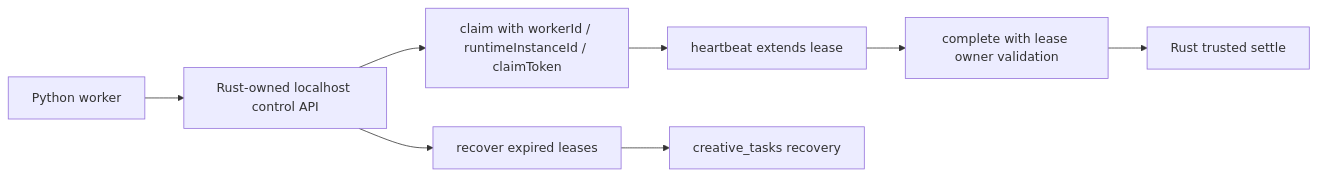
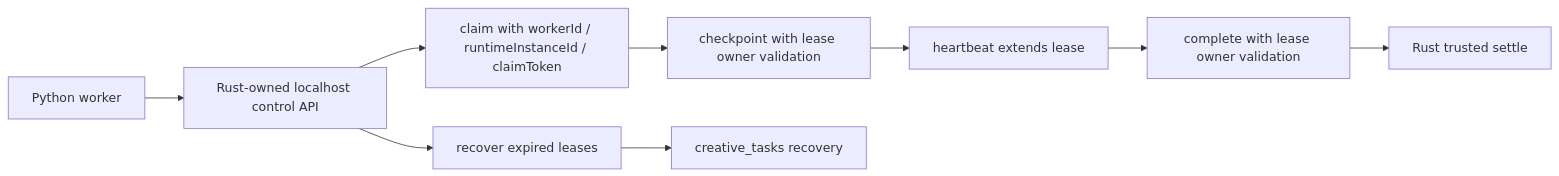
Diagram 13 of 13 in docs/architecture-current-state.md (MonsterXiong/monster-workbench), drawn with Mermaid before and after one commit. The commit also changed other lines of this file and 3 other files, not shown here.

````diff
--- a/docs/architecture-current-state.md
+++ b/docs/architecture-current-state.md
@@ -978,10 +979,11 @@
 ```mermaid
 flowchart LR
   PyWorker["Python worker"] --> ControlApi["Rust-owned localhost control API"]
   ControlApi --> LeaseClaim["claim with workerId / runtimeInstanceId / claimToken"]
-  LeaseClaim --> Heartbeat["heartbeat extends lease"]
+  LeaseClaim --> Checkpoint["checkpoint with lease owner validation"]
+  Checkpoint --> Heartbeat["heartbeat extends lease"]
   Heartbeat --> Complete["complete with lease owner validation"]
   Complete --> RustSettle["Rust trusted settle"]
   ControlApi --> Recover["recover expired leases"]
   Recover --> Repo["creative_tasks recovery"]
 ```
````
